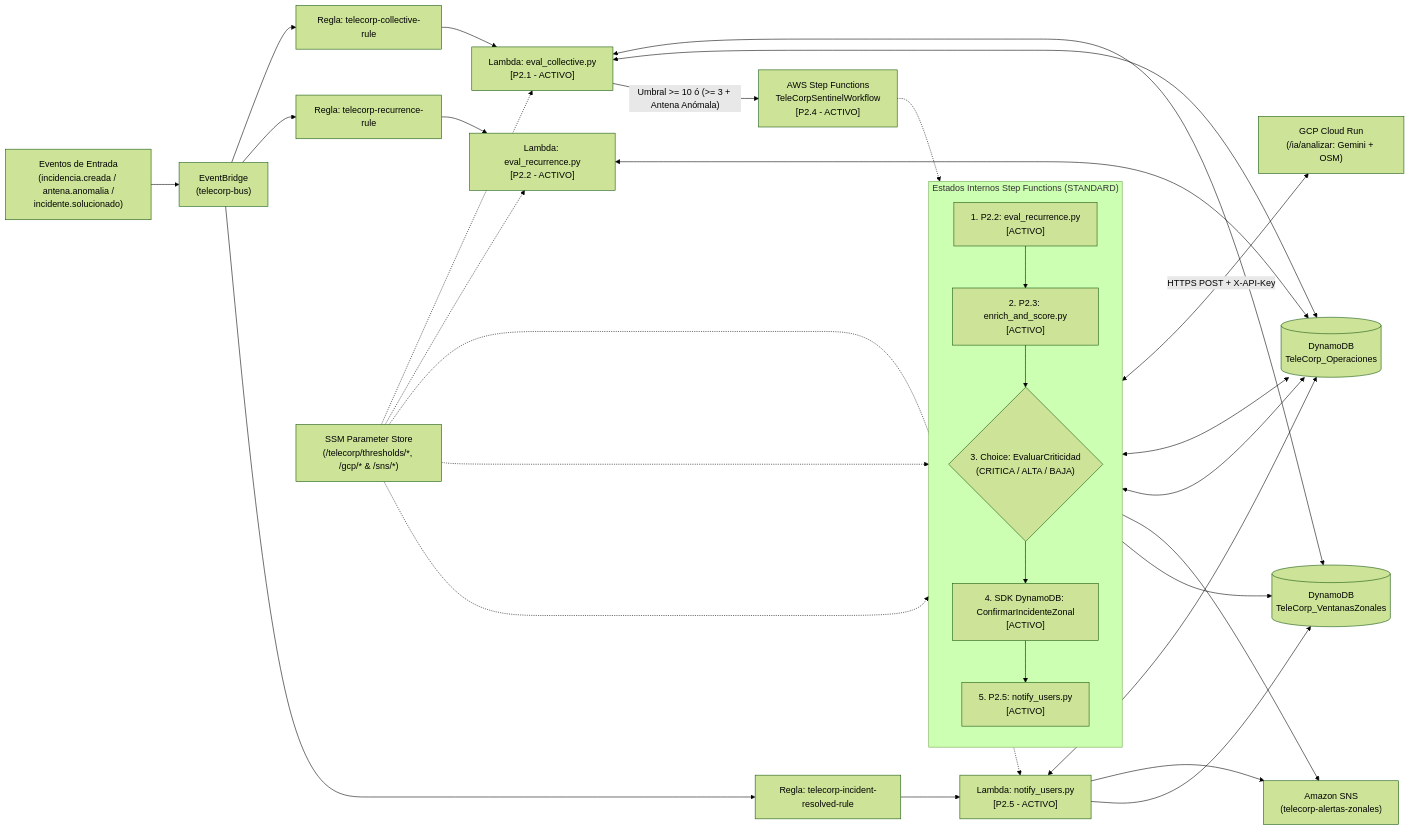
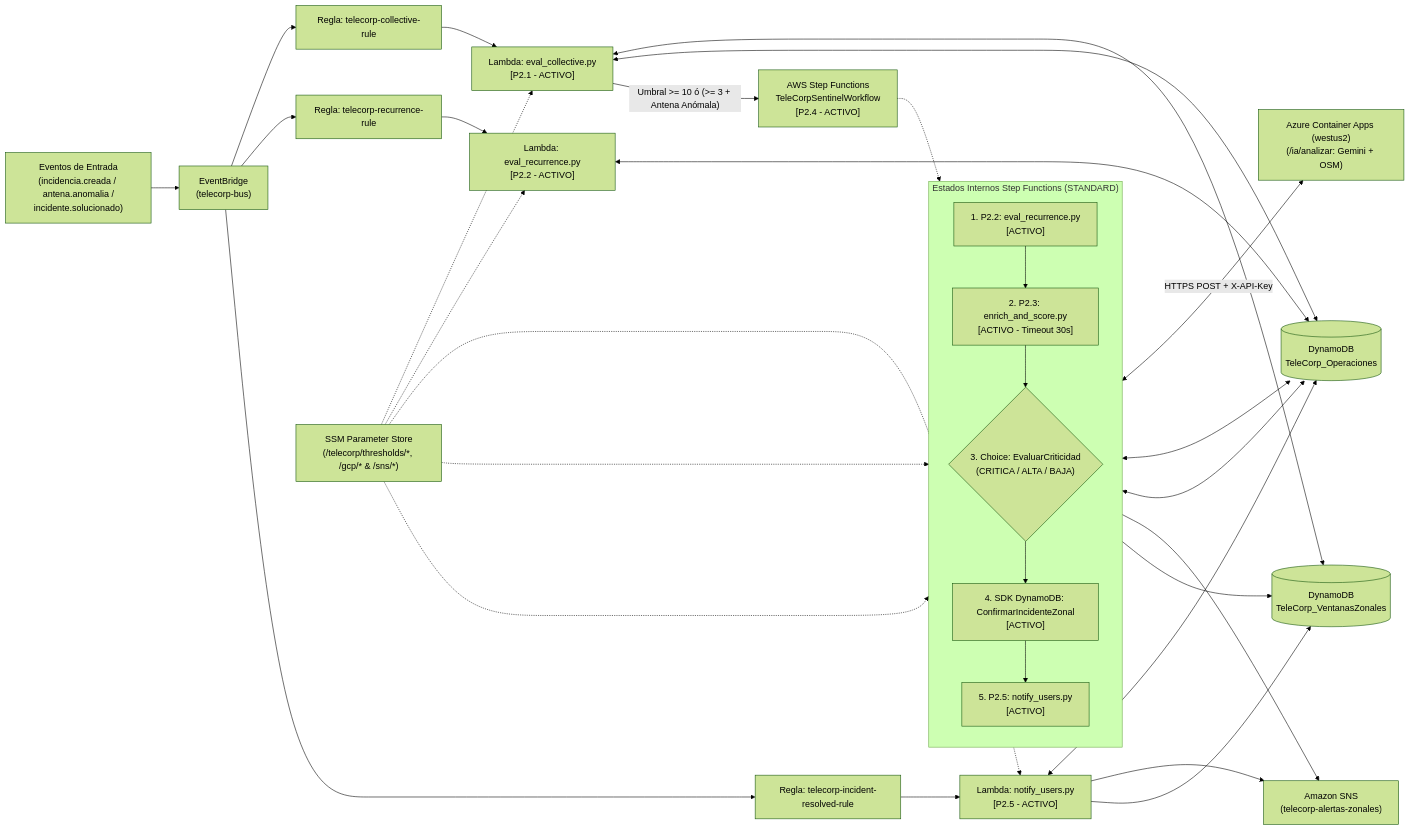
Before and after one commit to jose-lam/hackaton_cloud_computing: the diagram in orquestacion/README_P2.md, drawn with Mermaid (forest theme). The commit also changed other lines of this file and 6 other files, not shown here.

````diff
--- a/orquestacion/README_P2.md
+++ b/orquestacion/README_P2.md
@@ -7,32 +7,32 @@
 ```mermaid
 flowchart LR
     IN["Eventos de Entrada\n(incidencia.creada / antena.anomalia /\nincidente.solucionado)"] --> EB["EventBridge\n(telecorp-bus)"]
     EB --> RULE_C["Regla: telecorp-collective-rule"]
     EB --> RULE_R["Regla: telecorp-recurrence-rule"]
     EB --> RULE_S["Regla: telecorp-incident-resolved-rule"]
 
     RULE_C --> L_COL["Lambda: eval_collective.py\n[P2.1 - ACTIVO]"]
     RULE_R --> L_REC["Lambda: eval_recurrence.py\n[P2.2 - ACTIVO]"]
     RULE_S --> L_NOT["Lambda: notify_users.py\n[P2.5 - ACTIVO]"]
 
     SSM["SSM Parameter Store\n(/telecorp/thresholds/*, /gcp/* & /sns/*)"] -.-> L_COL & L_REC & S2 & S5 & L_NOT
     L_COL <--> DDB_V[("DynamoDB\nTeleCorp_VentanasZonales")]
     L_COL <--> DDB_O[("DynamoDB\nTeleCorp_Operaciones")]
     L_REC <--> DDB_O
 
     L_COL -->|"Umbral >= 10 ó (>= 3 + Antena Anómala)"| SFN["AWS Step Functions\nTeleCorpSentinelWorkflow\n[P2.4 - ACTIVO]"]
 
     subgraph FLUJO_SFN ["Estados Internos Step Functions (STANDARD)"]
         direction TB
-        S1["1. P2.2: eval_recurrence.py\n[ACTIVO]"] --> S2["2. P2.3: enrich_and_score.py\n[ACTIVO]"]
+        S1["1. P2.2: eval_recurrence.py\n[ACTIVO]"] --> S2["2. P2.3: enrich_and_score.py\n[ACTIVO - Timeout 30s]"]
         S2 --> S3{"3. Choice: EvaluarCriticidad\n(CRITICA / ALTA / BAJA)"}
         S3 --> S4["4. SDK DynamoDB: ConfirmarIncidenteZonal\n[ACTIVO]"]
         S4 --> S5["5. P2.5: notify_users.py\n[ACTIVO]"]
     end
 
     SFN -.-> FLUJO_SFN
-    S2 <-->|"HTTPS POST + X-API-Key"| GCP["GCP Cloud Run\n(/ia/analizar: Gemini + OSM)"]
+    S2 <-->|"HTTPS POST + X-API-Key"| AZURE["Azure Container Apps (westus2)\n(/ia/analizar: Gemini + OSM)"]
     S2 & S4 & L_NOT <--> DDB_O
     S5 & L_NOT --> SNS["Amazon SNS\n(telecorp-alertas-zonales)"]
     S5 & L_NOT --> DDB_V
 ```
````
